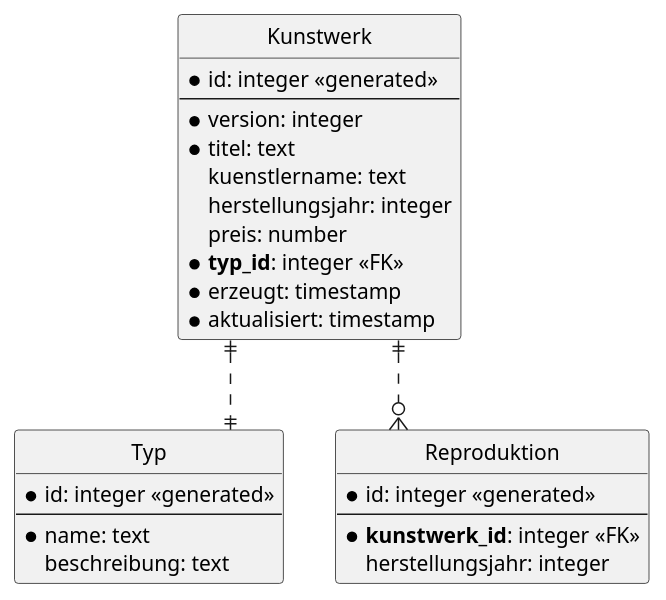
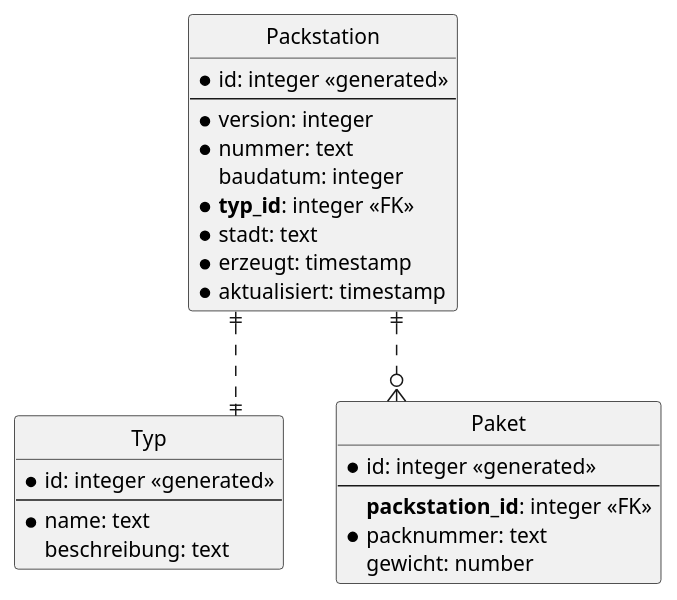
Before and after one commit to marius-a-mueller/kunstwerk: the diagram in .extras/doc/projekthandbuch/ER-Diagramm.plantuml, drawn with PlantUML.

Commit message:
ER Diagramm angepasst

```diff
--- a/.extras/doc/projekthandbuch/ER-Diagramm.plantuml
+++ b/.extras/doc/projekthandbuch/ER-Diagramm.plantuml
@@ -3,39 +3,39 @@
 @startuml ER Diagramm
 
 ' hide the spot
 hide circle
 
 ' evtl. Prbleme mit Kraehenfuessen vermeiden
 skinparam linetype ortho
 
-entity "Kunstwerk" {
+entity "Packstation" {
   * id: integer <<generated>>
   --
   * version: integer
-  * titel: text
-    kuenstlername: text
-    herstellungsjahr: integer
-    preis: number
+  * nummer: text
+    baudatum: integer
   * **typ_id**: integer <<FK>>
+  * stadt: text
   * erzeugt: timestamp
   * aktualisiert: timestamp
 }
 
 entity "Typ" {
   * id: integer <<generated>>
   --
   * name: text
     beschreibung: text
 }
 
-entity "Reproduktion" {
+entity "Paket" {
   * id: integer <<generated>>
   --
-  * **kunstwerk_id**: integer <<FK>>
-    herstellungsjahr: integer
+    **packstation_id**: integer <<FK>>
+  * packnummer: text
+    gewicht: number
 }
 
-Kunstwerk ||..|| Typ
-Kunstwerk ||..o{ Reproduktion
+Packstation ||..|| Typ
+Packstation ||..o{ Paket
 
 @enduml
```
